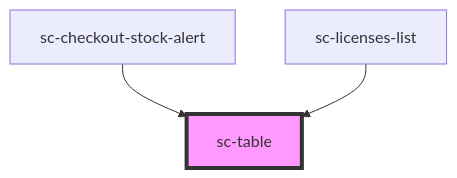
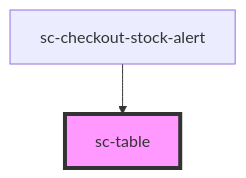
The diagram in packages/components/src/components/ui/table/readme.md (surecart/surecart-wp-plugin), drawn with Mermaid before and after one commit. The commit also changed other lines of this file and 17 other files, not shown here.

````diff
--- a/packages/components/src/components/ui/table/readme.md
+++ b/packages/components/src/components/ui/table/readme.md
@@ -16,6 +15,5 @@
 ```mermaid
 graph TD;
   sc-checkout-stock-alert --> sc-table
-  sc-licenses-list --> sc-table
   style sc-table fill:#f9f,stroke:#333,stroke-width:4px
 ```
````
